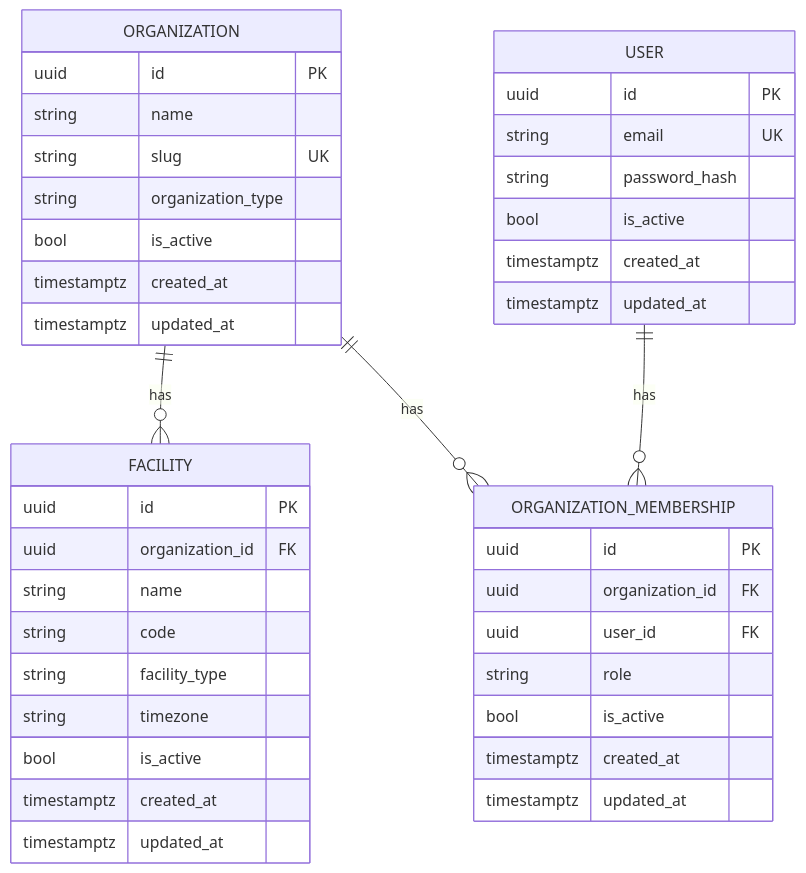
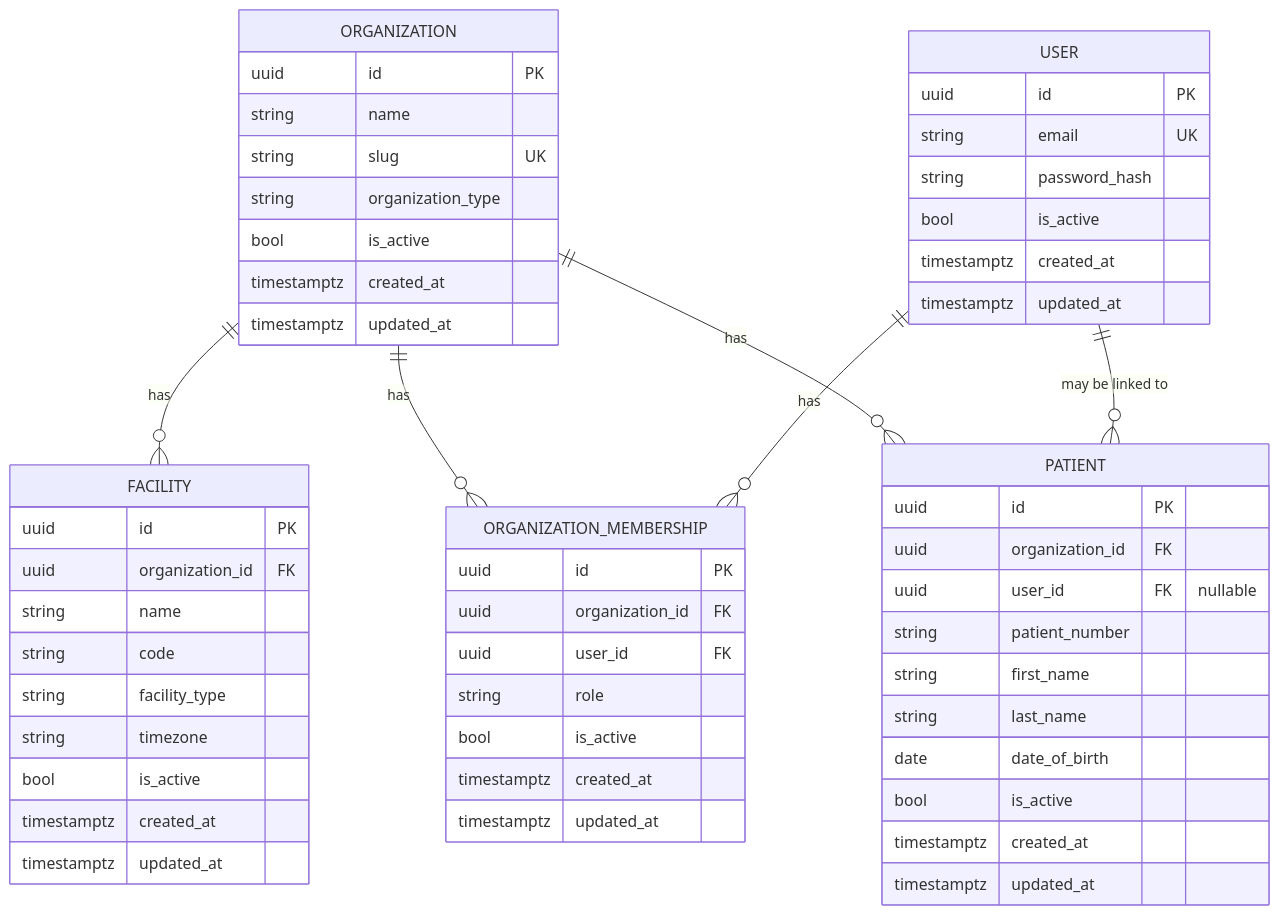
Before and after one commit to ChethanVMuttagi/agentcare: the diagram in docs/DOMAIN_MODEL.md, drawn with Mermaid. The commit also changed other lines of this file and 27 other files, not shown here.

````diff
--- a/docs/DOMAIN_MODEL.md
+++ b/docs/DOMAIN_MODEL.md
@@ -18,43 +23,57 @@
 ```mermaid
 erDiagram
     ORGANIZATION ||--o{ FACILITY : "has"
     ORGANIZATION ||--o{ ORGANIZATION_MEMBERSHIP : "has"
+    ORGANIZATION ||--o{ PATIENT : "has"
     USER ||--o{ ORGANIZATION_MEMBERSHIP : "has"
+    USER ||--o{ PATIENT : "may be linked to"
     ORGANIZATION {
         uuid id PK
         string name
         string slug UK
         string organization_type
         bool is_active
         timestamptz created_at
         timestamptz updated_at
     }
     FACILITY {
         uuid id PK
         uuid organization_id FK
         string name
         string code
         string facility_type
         string timezone
         bool is_active
         timestamptz created_at
         timestamptz updated_at
     }
     USER {
         uuid id PK
         string email UK
         string password_hash
         bool is_active
         timestamptz created_at
         timestamptz updated_at
     }
     ORGANIZATION_MEMBERSHIP {
         uuid id PK
         uuid organization_id FK
         uuid user_id FK
         string role
         bool is_active
         timestamptz created_at
         timestamptz updated_at
     }
+    PATIENT {
+        uuid id PK
+        uuid organization_id FK
+        uuid user_id FK "nullable"
+        string patient_number
+        string first_name
+        string last_name
+        date date_of_birth
+        bool is_active
+        timestamptz created_at
+        timestamptz updated_at
+    }
 ```
````
